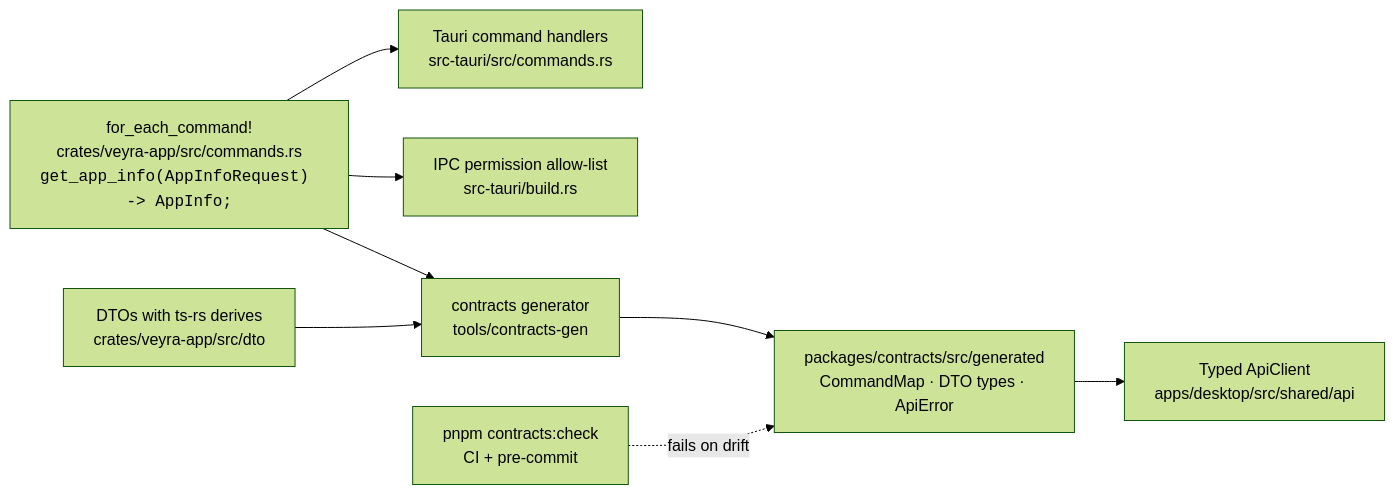
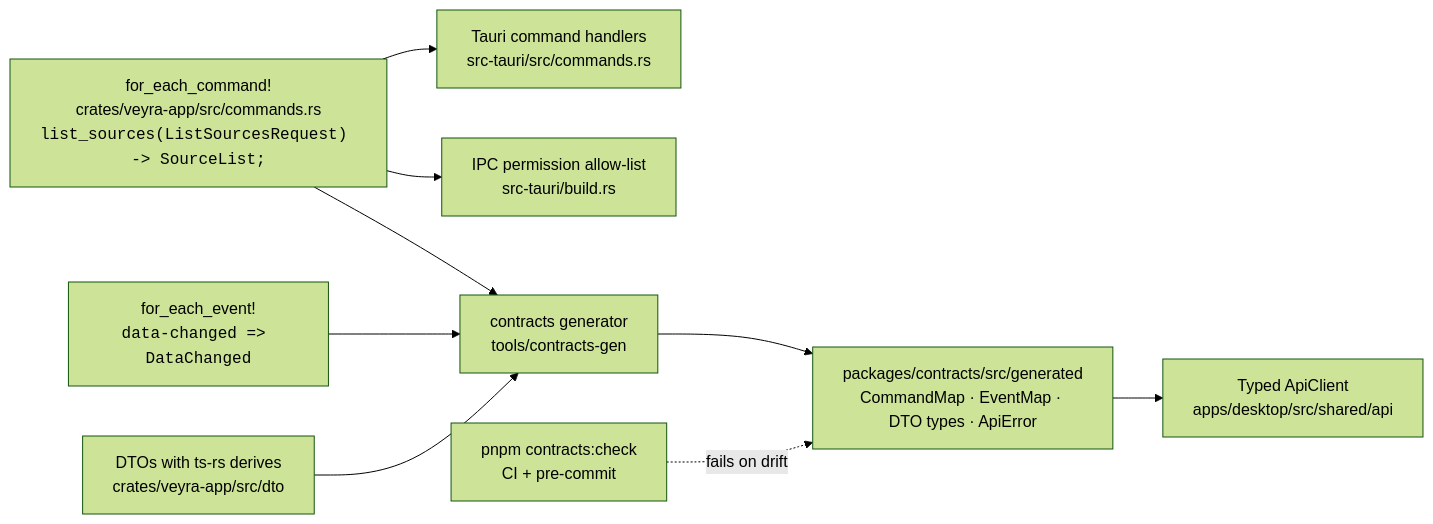
One commit to akanjb/VEYRA changed diagram 11 of 19 in README.md. Above: the diagram before and after it, drawn with Mermaid (forest theme). The commit also changed other lines of this file and 6 other files, not shown here.

````diff
--- a/README.md
+++ b/README.md
@@ -382,11 +419,13 @@
 ```mermaid
 flowchart LR
-  CAT["for_each_command!<br/>crates/veyra-app/src/commands.rs<br/><code>get_app_info(AppInfoRequest) -> AppInfo;</code>"]
+  CAT["for_each_command!<br/>crates/veyra-app/src/commands.rs<br/><code>list_sources(ListSourcesRequest) -> SourceList;</code>"]
+  EVT["for_each_event!<br/><code>data-changed => DataChanged</code>"]
   CAT --> H[Tauri command handlers<br/>src-tauri/src/commands.rs]
   CAT --> PERM[IPC permission allow-list<br/>src-tauri/build.rs]
   CAT --> GEN[contracts generator<br/>tools/contracts-gen]
+  EVT --> GEN
   DTO[DTOs with ts-rs derives<br/>crates/veyra-app/src/dto] --> GEN
-  GEN --> TS[packages/contracts/src/generated<br/>CommandMap · DTO types · ApiError]
+  GEN --> TS[packages/contracts/src/generated<br/>CommandMap · EventMap · DTO types · ApiError]
   TS --> CLIENT[Typed ApiClient<br/>apps/desktop/src/shared/api]
   CHECK[pnpm contracts:check<br/>CI + pre-commit] -. fails on drift .-> TS
 ```
````
